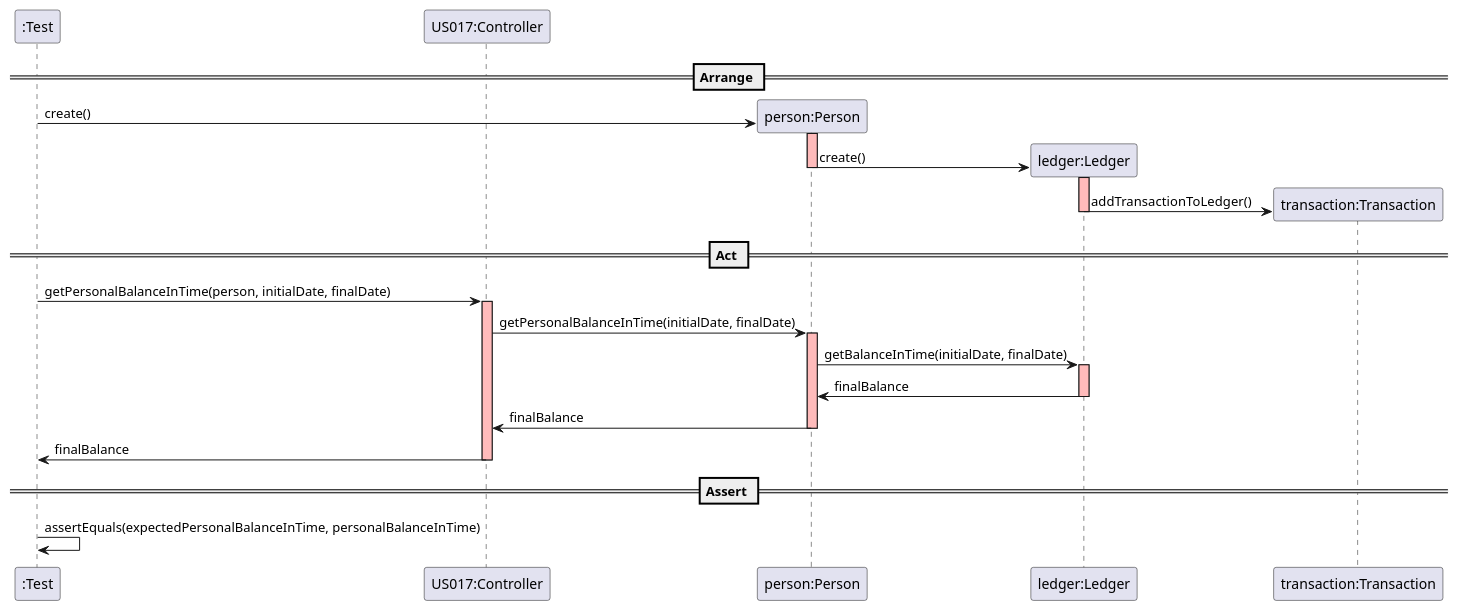
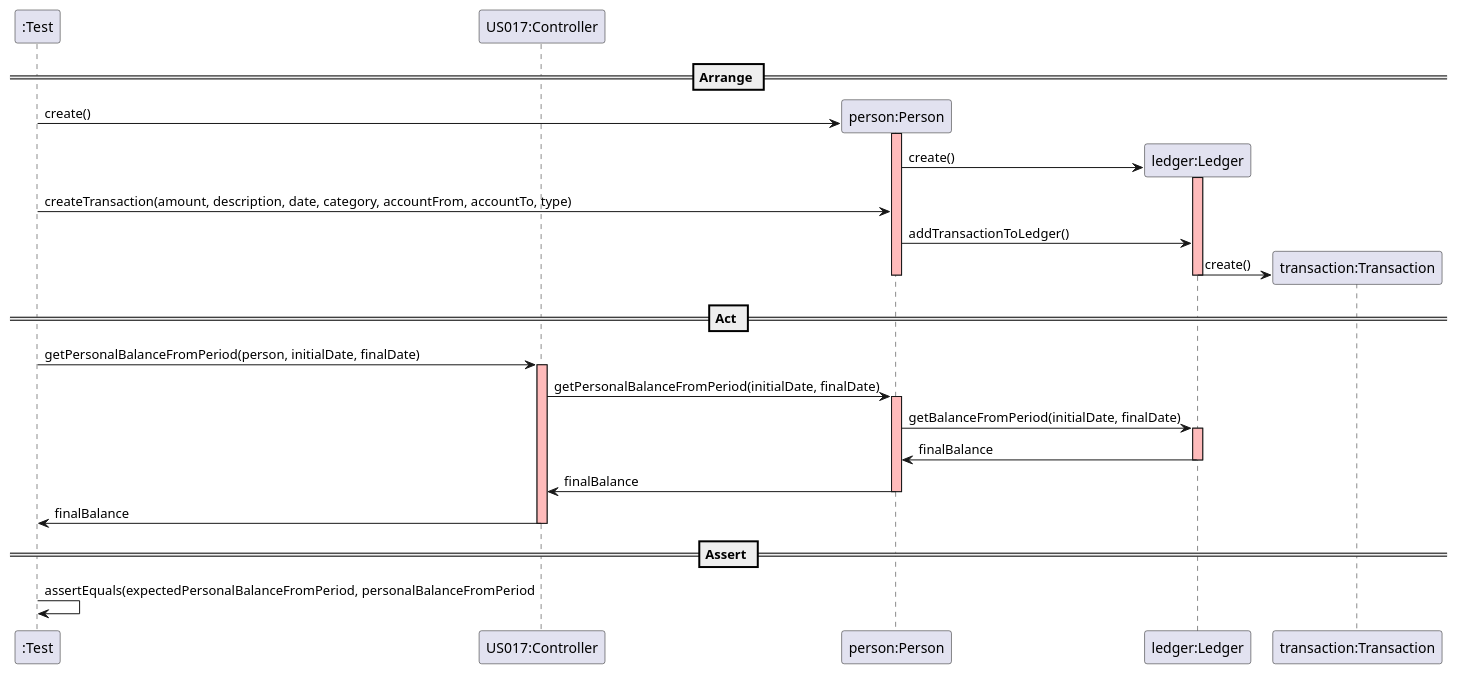
One commit to mleitaoribeiro/DevOpsMaven changed the diagram in docs/SequenceDiagram - US017.puml. Above: the diagram before and after it, drawn with PlantUML.

```diff
--- a/docs/SequenceDiagram - US017.puml
+++ b/docs/SequenceDiagram - US017.puml
@@ -1,39 +1,41 @@
   @startuml
 create ":Test"
 
 == Arrange ==
 create "US017:Controller"
 
 create "person:Person"
 ":Test" -> "person:Person" : create()
 activate "person:Person" #FFBBBB
 
 create "ledger:Ledger"
 "person:Person" -> "ledger:Ledger" : create()
+activate "ledger:Ledger" #FFBBBB
+":Test" -> "person:Person" : createTransaction(amount, description, date, category, accountFrom, accountTo, type)
+
+"person:Person" -> "ledger:Ledger" : addTransactionToLedger()
+create "transaction:Transaction"
+"ledger:Ledger" -> "transaction:Transaction" : create()
 deactivate "person:Person"
-activate "ledger:Ledger" #FFBBBB
-
-create "transaction:Transaction"
-"ledger:Ledger" -> "transaction:Transaction" : addTransactionToLedger()
 deactivate "ledger:Ledger"
 
 == Act ==
 
-":Test" -> "US017:Controller" : getPersonalBalanceInTime(person, initialDate, finalDate)
+":Test" -> "US017:Controller" : getPersonalBalanceFromPeriod(person, initialDate, finalDate)
 activate "US017:Controller" #FFBBBB
-"US017:Controller" -> "person:Person": getPersonalBalanceInTime(initialDate, finalDate)
+"US017:Controller" -> "person:Person": getPersonalBalanceFromPeriod(initialDate, finalDate)
 activate "person:Person" #FFBBBB
-"person:Person" -> "ledger:Ledger": getBalanceInTime(initialDate, finalDate)
+"person:Person" -> "ledger:Ledger": getBalanceFromPeriod(initialDate, finalDate)
 activate "ledger:Ledger" #FFBBBB
 "ledger:Ledger" -> "person:Person" : finalBalance
 deactivate "ledger:Ledger"
 "person:Person" -> "US017:Controller" : finalBalance
 deactivate "person:Person"
 "US017:Controller" -> ":Test" : finalBalance
 deactivate "US017:Controller"
 
 == Assert ==
 
-":Test" -> ":Test" : assertEquals(expectedPersonalBalanceInTime, personalBalanceInTime)
+":Test" -> ":Test" : assertEquals(expectedPersonalBalanceFromPeriod, personalBalanceFromPeriod
 
 @enduml
```
